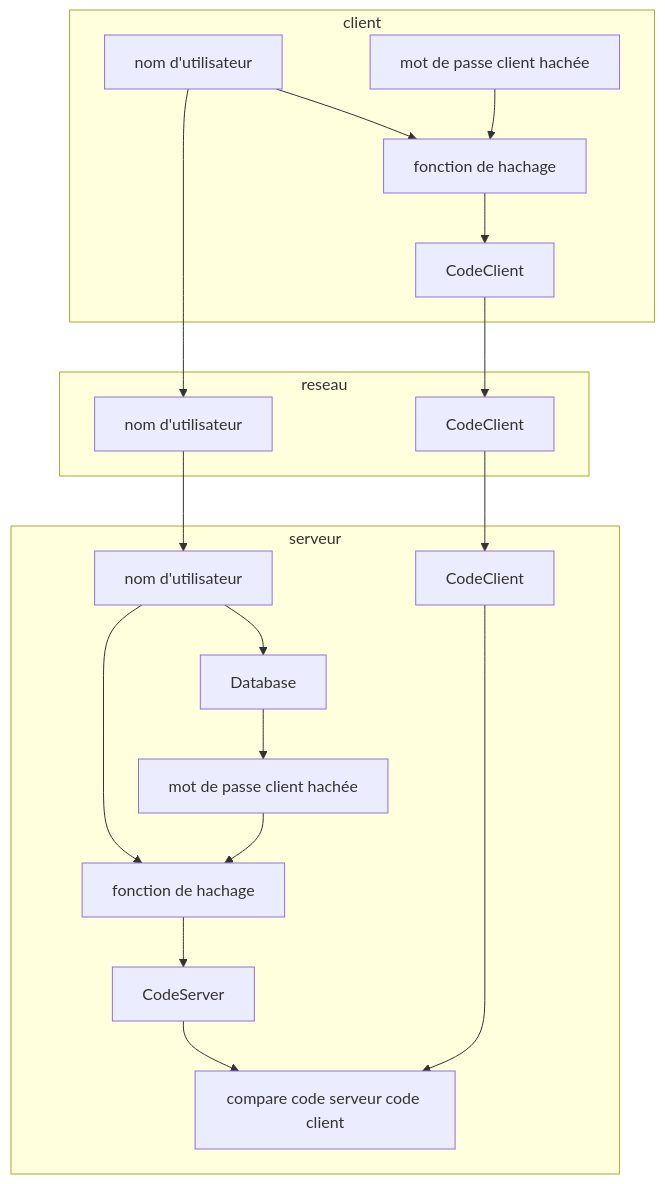
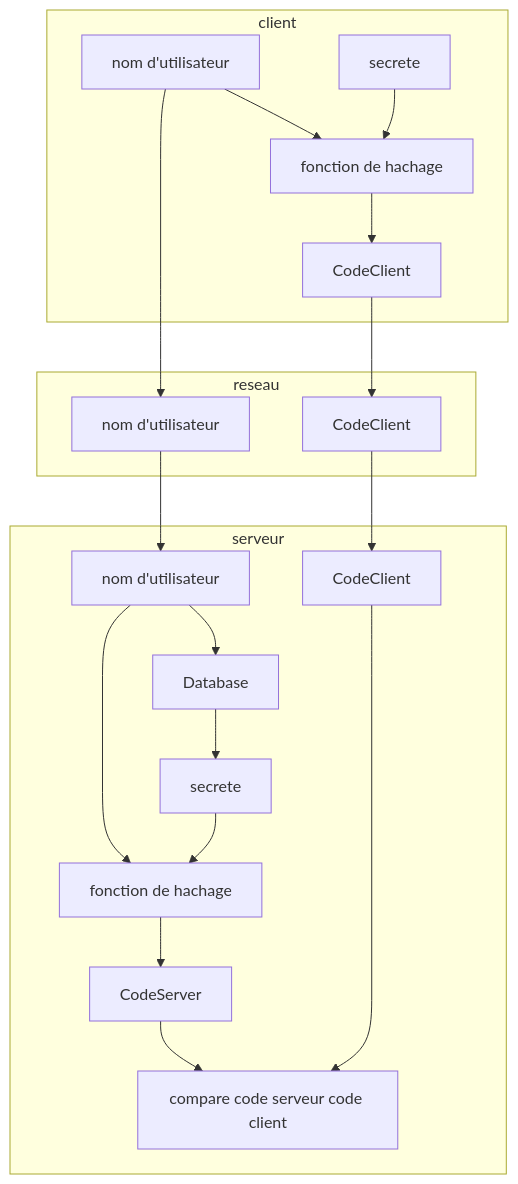
Before and after one commit to FabienChatton/RealmTech-auth: the third of 3 diagrams in readme.md, drawn with Mermaid. The commit also changed other lines of this file, not shown here.

````diff
--- a/readme.md
+++ b/readme.md
@@ -50,41 +77,41 @@
 ```mermaid
 flowchart
     subgraph client
         MessageClient[nom d'utilisateur]
         HashClient[fonction de hachage]
         CodeClient[CodeClient]
-        PasswordClient[mot de passe client hachée]
+        PasswordClient[secrete]
     end
     subgraph reseau
         MessageReseau[nom d'utilisateur]
         CodeReseau[CodeClient]
     end
     subgraph serveur
         MessageServer[nom d'utilisateur]
         HashServer[fonction de hachage]
         CodeServer[CodeClient]
         CodeServerClient[CodeServer]
-        PasswordServer[mot de passe client hachée]
+        PasswordServer[secrete]
         CompareHash[compare code serveur code client]
         Database
     end
 
     MessageClient --> MessageReseau
     MessageClient --> HashClient
     PasswordClient --> HashClient
     HashClient --> CodeClient
     CodeClient --> CodeReseau
 
     CodeReseau --> CodeServer
     MessageReseau --> MessageServer
 
     PasswordServer --> HashServer
     MessageServer --> HashServer
     HashServer --> CodeServerClient
     MessageServer --> Database
     Database --> PasswordServer
     
     CodeServer --> CompareHash
     CodeServerClient --> CompareHash
 
 ```
````
